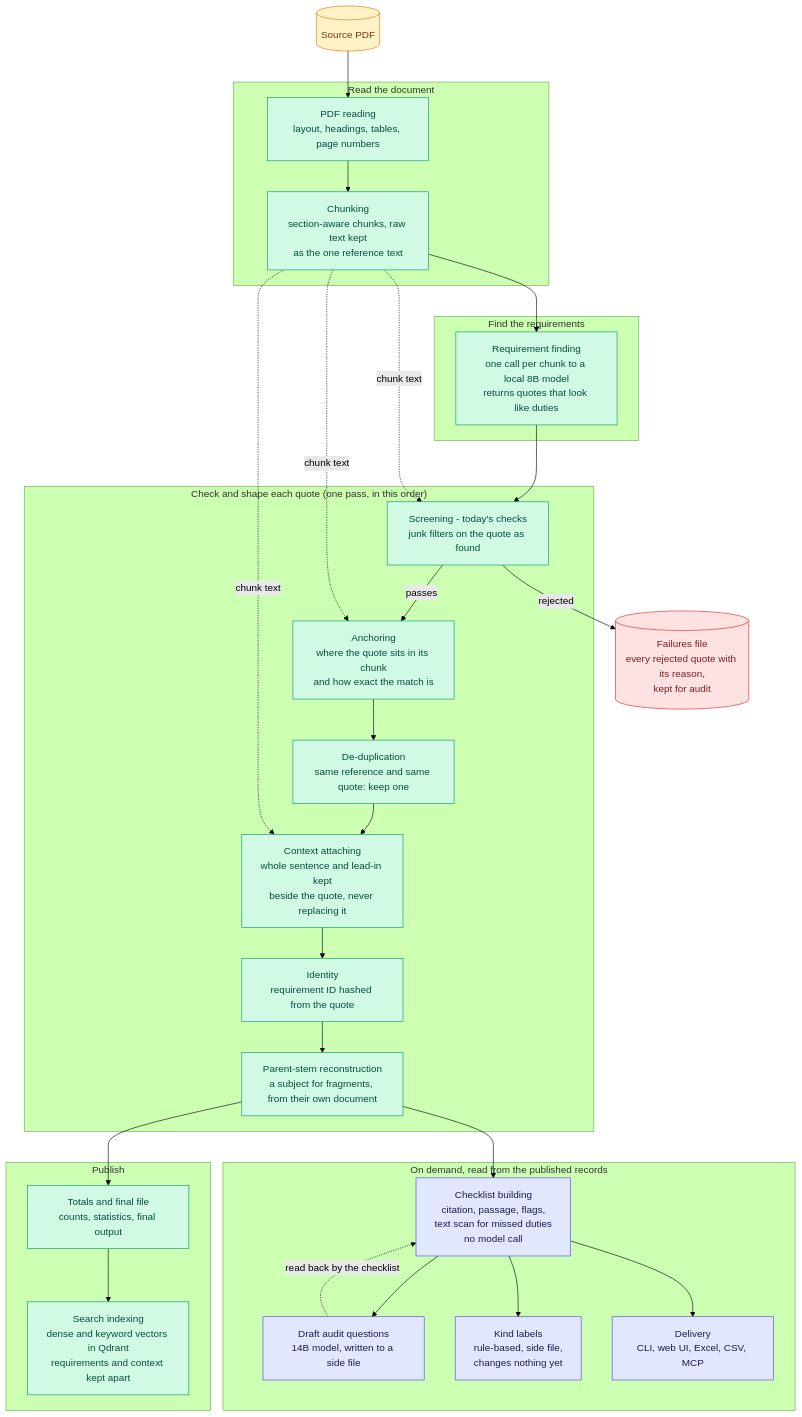
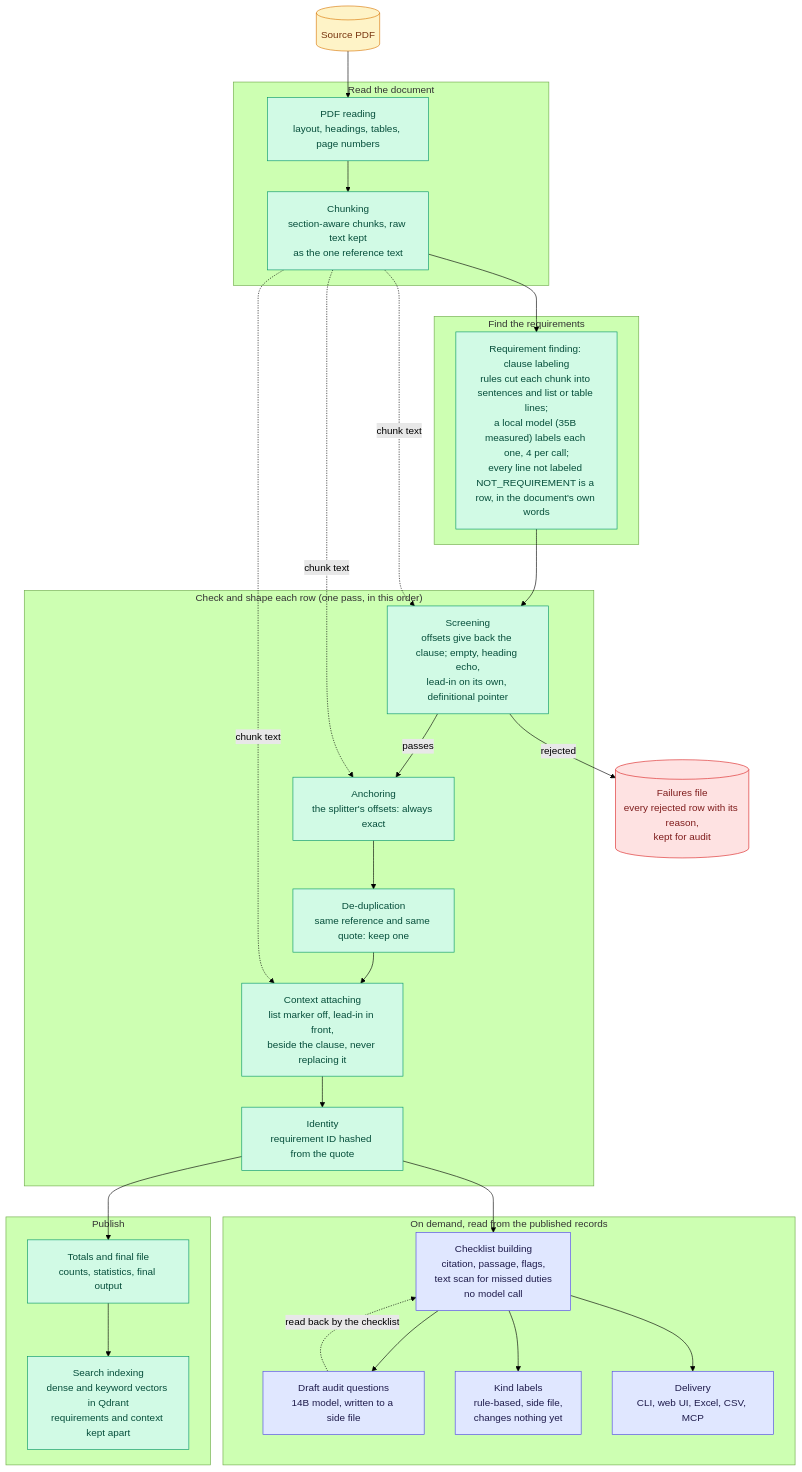
Before and after one commit to TylerGRClark/ReqBot: the diagram in docs/diagrams/00_overview.md, drawn with Mermaid (forest theme). The commit also changed other lines of this file and 81 other files, not shown here.

First line of the commit message:
feat(pipeline): requirement finding is clause labeling; delete the list-writing step (WP-4) (#365)

````diff
--- a/docs/diagrams/00_overview.md
+++ b/docs/diagrams/00_overview.md
@@ -5,66 +5,64 @@
 ```mermaid
 flowchart TD
     PDF[("Source PDF")]
 
     subgraph READ["Read the document"]
         R1["PDF reading<br/>layout, headings, tables, page numbers"]
         R2["Chunking<br/>section-aware chunks, raw text kept<br/>as the one reference text"]
     end
 
     subgraph FIND["Find the requirements"]
-        F1["Requirement finding<br/>one call per chunk to a local 8B model<br/>returns quotes that look like duties"]
+        F1["Requirement finding: clause labeling<br/>rules cut each chunk into sentences and list or table lines;<br/>a local model (35B measured) labels each one, 4 per call;<br/>every line not labeled NOT_REQUIREMENT is a row, in the document's own words"]
     end
 
-    subgraph SHAPE["Check and shape each quote (one pass, in this order)"]
-        S1["Screening - today's checks<br/>junk filters on the quote as found"]
-        S2["Anchoring<br/>where the quote sits in its chunk<br/>and how exact the match is"]
+    subgraph SHAPE["Check and shape each row (one pass, in this order)"]
+        S1["Screening<br/>offsets give back the clause; empty, heading echo,<br/>lead-in on its own, definitional pointer"]
+        S2["Anchoring<br/>the splitter's offsets: always exact"]
         S3["De-duplication<br/>same reference and same quote: keep one"]
-        S4["Context attaching<br/>whole sentence and lead-in kept<br/>beside the quote, never replacing it"]
+        S4["Context attaching<br/>list marker off, lead-in in front,<br/>beside the clause, never replacing it"]
         S5["Identity<br/>requirement ID hashed from the quote"]
-        S6["Parent-stem reconstruction<br/>a subject for fragments, from their own document"]
     end
 
-    FAIL[("Failures file<br/>every rejected quote with its reason,<br/>kept for audit")]
+    FAIL[("Failures file<br/>every rejected row with its reason,<br/>kept for audit")]
 
     subgraph PUBLISH["Publish"]
         P1["Totals and final file<br/>counts, statistics, final output"]
         P2["Search indexing<br/>dense and keyword vectors in Qdrant<br/>requirements and context kept apart"]
     end
 
     subgraph DEMAND["On demand, read from the published records"]
         K1["Checklist building<br/>citation, passage, flags,<br/>text scan for missed duties<br/>no model call"]
         K2["Draft audit questions<br/>14B model, written to a side file"]
         K3["Kind labels<br/>rule-based, side file,<br/>changes nothing yet"]
         K4["Delivery<br/>CLI, web UI, Excel, CSV, MCP"]
     end
 
     PDF --> R1
     R1 --> R2
     R2 --> F1
     F1 --> S1
     S1 -->|"rejected"| FAIL
     S1 -->|"passes"| S2
     S2 --> S3
     S3 --> S4
     S4 --> S5
-    S5 --> S6
-    S6 --> P1
+    S5 --> P1
     P1 --> P2
     R2 -.->|"chunk text"| S1
     R2 -.->|"chunk text"| S2
     R2 -.->|"chunk text"| S4
-    S6 --> K1
+    S5 --> K1
     K1 --> K2
     K2 -.->|"read back by the checklist"| K1
     K1 --> K3
     K1 --> K4
 
     classDef built fill:#d1fae5,stroke:#059669,color:#064e3b;
     classDef fail fill:#fee2e2,stroke:#dc2626,color:#7f1d1d;
     classDef data fill:#fef3c7,stroke:#d97706,color:#78350f;
     classDef demand fill:#e0e7ff,stroke:#4f46e5,color:#1e1b4b;
-    class R1,R2,F1,S1,S2,S3,S4,S5,S6,P1,P2 built;
+    class R1,R2,F1,S1,S2,S3,S4,S5,P1,P2 built;
     class FAIL fail;
     class PDF data;
     class K1,K2,K3,K4 demand;
 ```
````
